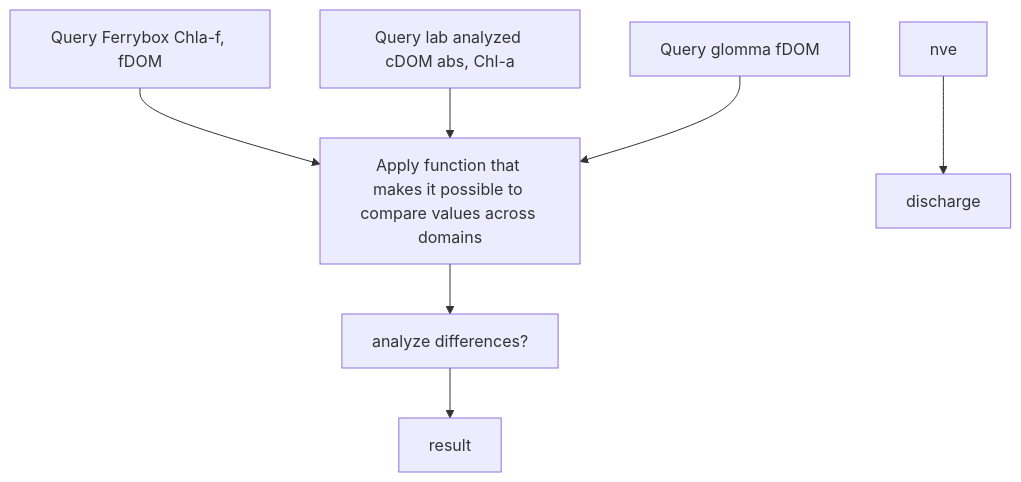
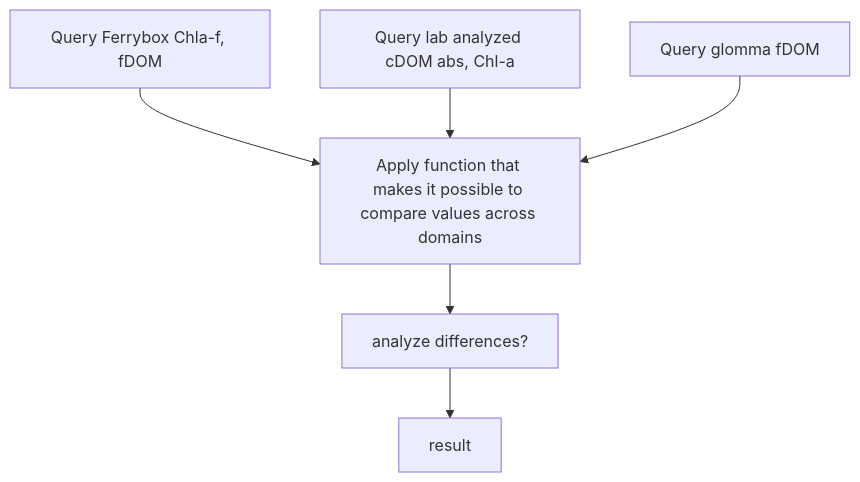
One commit to NIVANorge/niva-aquainfra changed the second of 2 diagrams in README.md. Above: the diagram before and after it, drawn with Mermaid. The commit also changed other lines of this file, not shown here.

````diff
--- a/README.md
+++ b/README.md
@@ -29,18 +29,18 @@
 ```mermaid
 flowchart TB
 
   fb[Query Ferrybox Chla-f, fDOM]
   glomma_dataset[Query glomma fDOM]
   niva_db[Query lab analyzed cDOM abs, Chl-a]
   function[Apply function that makes it possible to compare values across domains]
   analyze[analyze differences?]
 
   fb --> function
   niva_db --> function
   glomma_dataset --> function
 
   function --> analyze
   result
  analyze --> result 
-nve --> discharge
+
 ``` 
````
